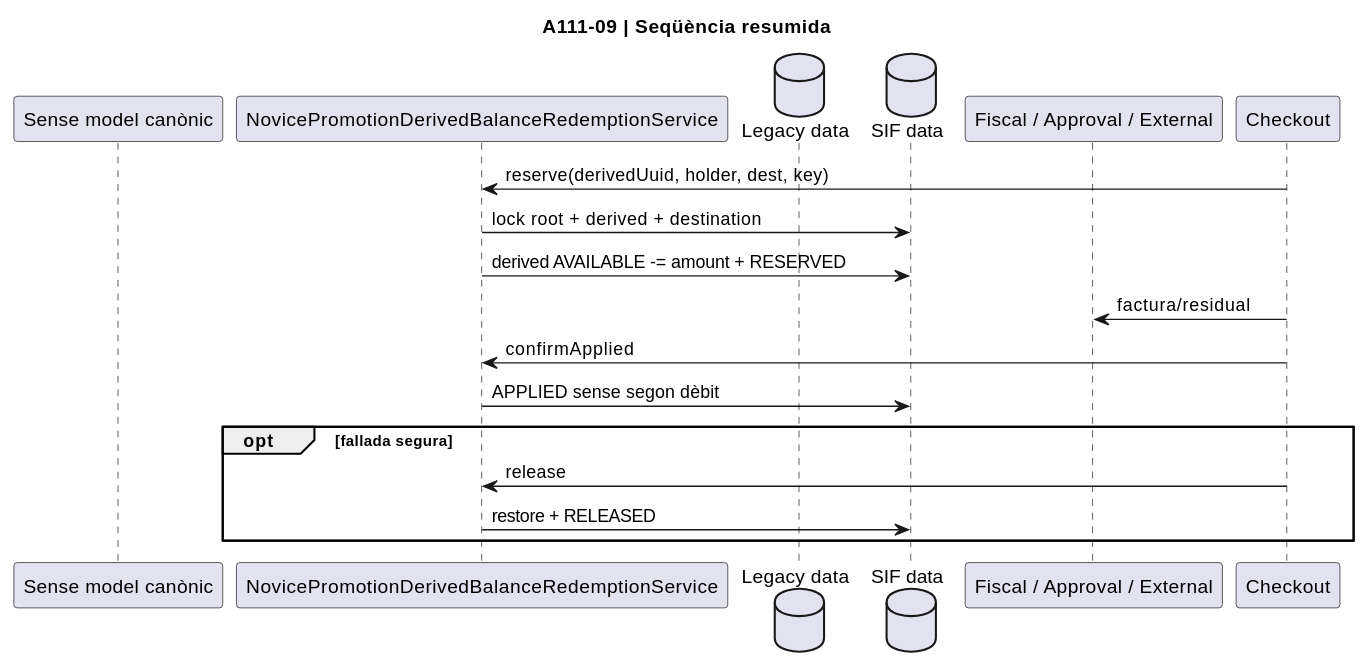
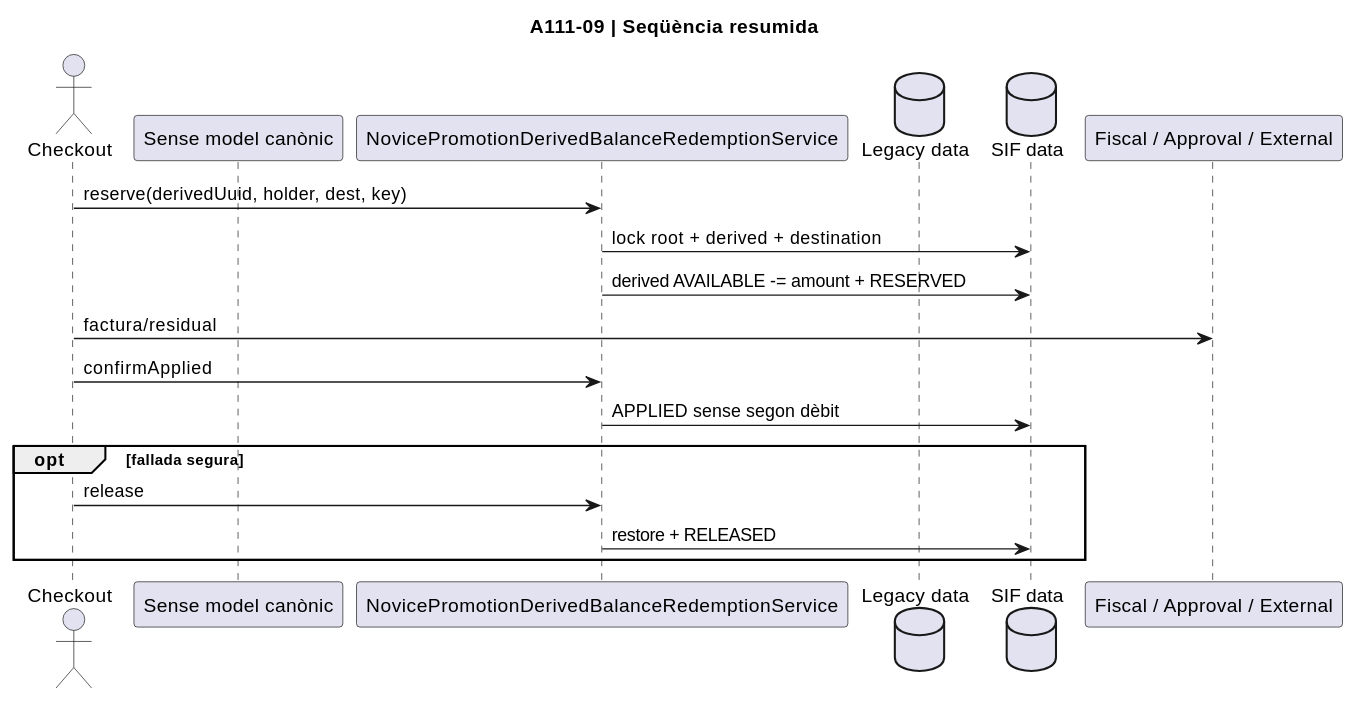
One commit to orgmeriemprismacat-del/verifactu changed diagram 35 of 48 in documentacio/07-uml-integrat/uc-111-diagrames-per-accio.md. Above: the diagram before and after it, drawn with PlantUML. The commit also changed other lines of this file, not shown here.

Commit message:
docs UC-111 per-action UML: declare actors/interfaces explicitly and replace generic transfer/refund participants with exact services

````diff
--- a/documentacio/07-uml-integrat/uc-111-diagrames-per-accio.md
+++ b/documentacio/07-uml-integrat/uc-111-diagrames-per-accio.md
@@ -673,20 +706,21 @@
 ```plantuml
 @startuml
 title A111-09 | Seqüència resumida
+actor Checkout
 participant "Sense model canònic" as Legacy
 participant "NovicePromotionDerivedBalanceRedemptionService" as Final
 database "Legacy data" as LegacyDB
 database "SIF data" as SIFDB
 participant "Fiscal / Approval / External" as Fiscal
 Checkout -> Final : reserve(derivedUuid, holder, dest, key)
 Final -> SIFDB : lock root + derived + destination
 Final -> SIFDB : derived AVAILABLE -= amount + RESERVED
 Checkout -> Fiscal : factura/residual
 Checkout -> Final : confirmApplied
 Final -> SIFDB : APPLIED sense segon dèbit
 opt fallada segura
 Checkout -> Final : release
 Final -> SIFDB : restore + RELEASED
 end
 @enduml
 ```
````
